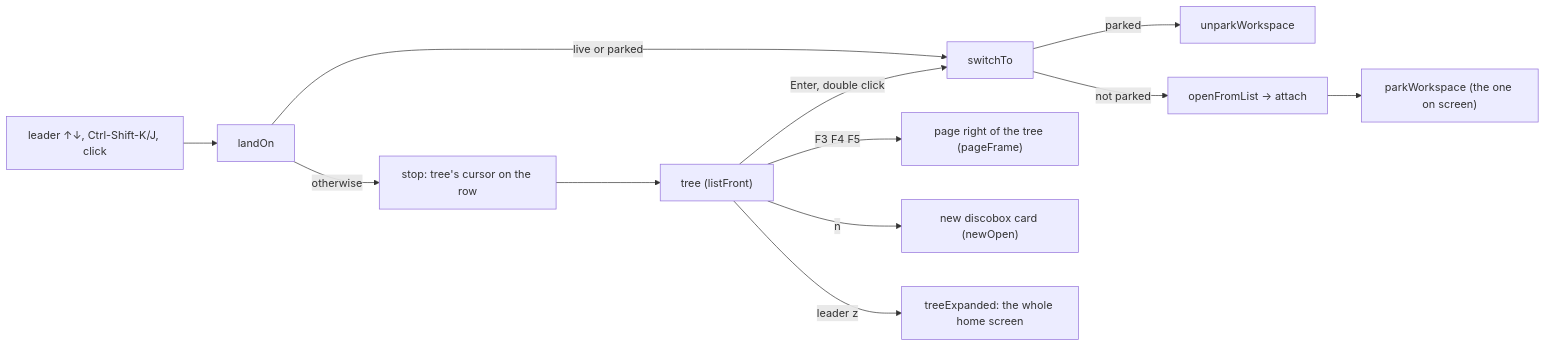
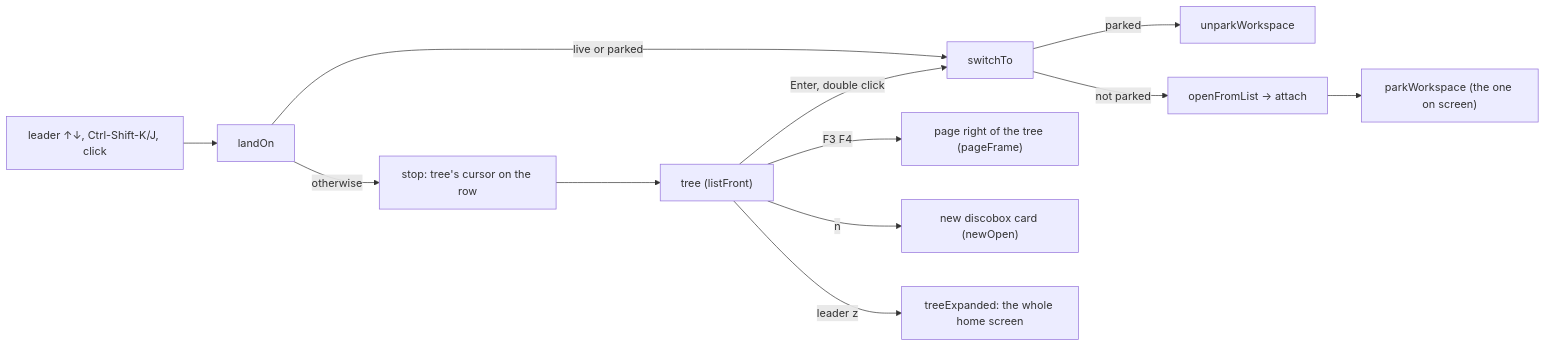
The second of 2 diagrams in cli/internal/tui/DESIGN.md (discobox-ai/discobox), drawn with Mermaid before and after one commit. The commit also changed other lines of this file and 16 other files, not shown here.

````diff
--- a/cli/internal/tui/DESIGN.md
+++ b/cli/internal/tui/DESIGN.md
@@ -76,14 +73,14 @@
 ```mermaid
 flowchart LR
     T["tree (listFront)"] -->|Enter, double click| Sw["switchTo"]
     W["leader ↑↓, Ctrl-Shift-K/J, click"] --> Walk["landOn"]
     Walk -->|live or parked| Sw
     Walk -->|otherwise| Stop["stop: tree's cursor on the row"]
     Stop --> T
     Sw -->|parked| Un["unparkWorkspace"]
     Sw -->|not parked| Open["openFromList → attach"]
     Open --> Park["parkWorkspace (the one on screen)"]
-    T -->|F3 F4 F5| Pg["page right of the tree (pageFrame)"]
+    T -->|F3 F4| Pg["page right of the tree (pageFrame)"]
     T -->|n| New["new discobox card (newOpen)"]
     T -->|leader z| Exp["treeExpanded: the whole home screen"]
 ```
````
